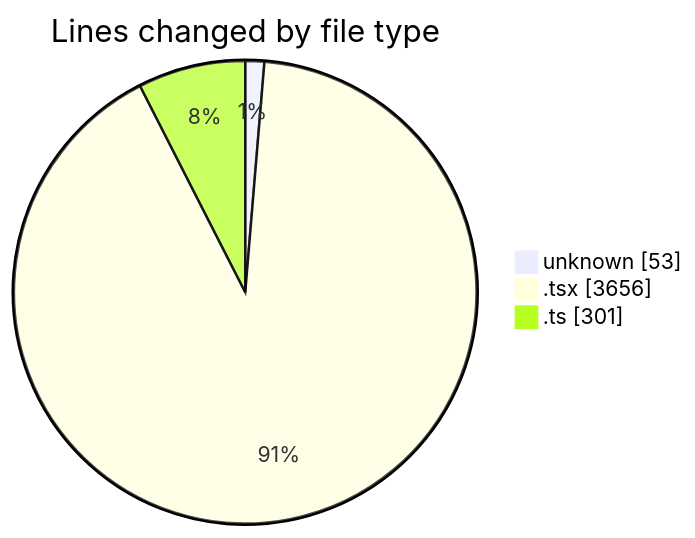
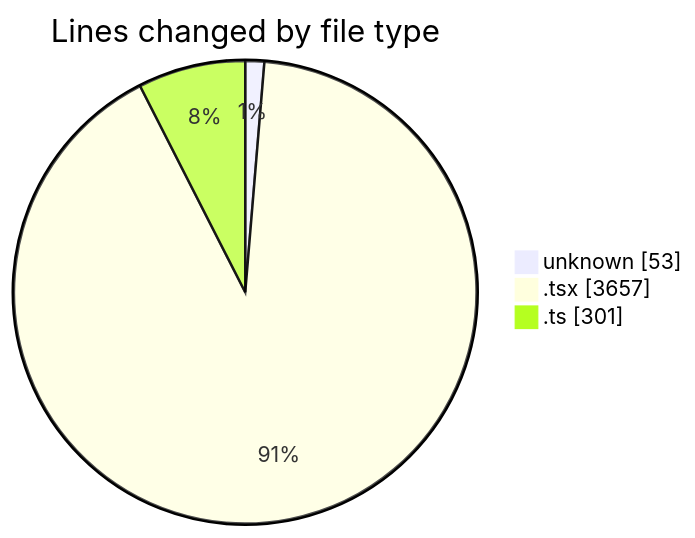
Before and after one commit to momahboobian/code-tracking: the first of 2 diagrams in 2026-01-28/cda/README.md, drawn with Mermaid. The commit also changed other lines of this file and 1 other file, not shown here.

````diff
--- a/2026-01-28/cda/README.md
+++ b/2026-01-28/cda/README.md
@@ -23,7 +23,7 @@
 ```mermaid
 pie showData
 title Lines changed by file type
 "unknown" : 53
-".tsx" : 3656
+".tsx" : 3657
 ".ts" : 301
 ```
````
